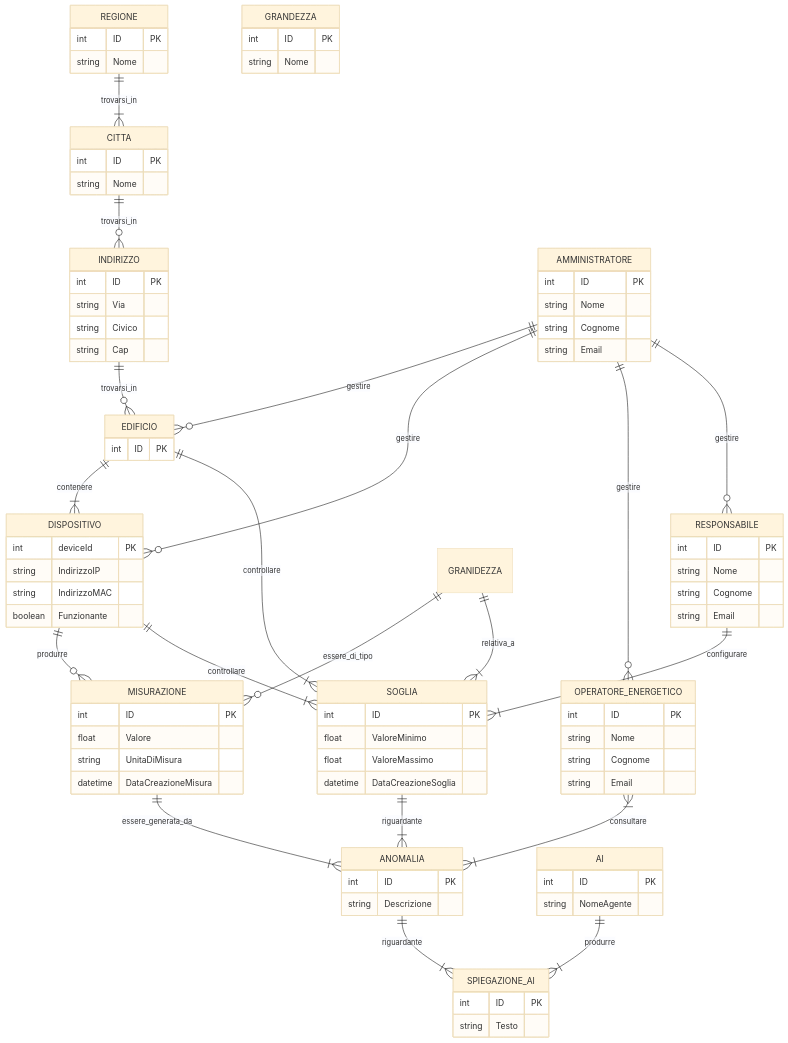
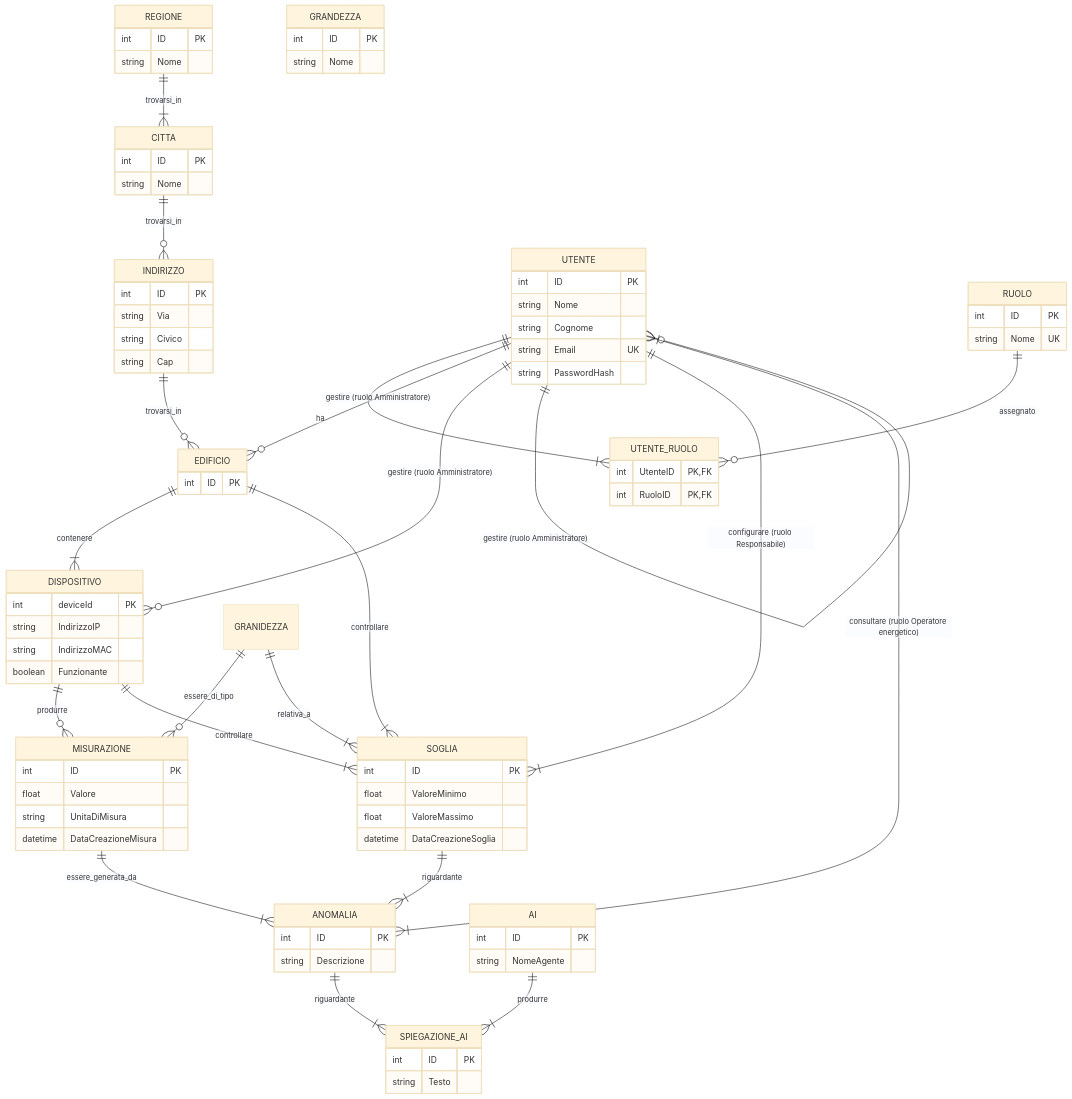
The diagram in docs/data-model.md (RickdoMasco/EnergyMonitor_UF14), drawn with Mermaid (base theme) before and after one commit. The commit also changed other lines of this file, not shown here.

```diff
--- a/docs/data-model.md
+++ b/docs/data-model.md
@@ -271,25 +274,22 @@
         string NomeAgente
     }
 
-    AMMINISTRATORE {
+    UTENTE {
         int ID PK
         string Nome
         string Cognome
-        string Email
+        string Email UK
+        string PasswordHash
     }
 
-    OPERATORE_ENERGETICO {
+    RUOLO {
         int ID PK
-        string Nome
-        string Cognome
-        string Email
+        string Nome UK
     }
 
-    RESPONSABILE {
-        int ID PK
-        string Nome
-        string Cognome
-        string Email
+    UTENTE_RUOLO {
+        int UtenteID PK, FK
+        int RuoloID PK, FK
     }
 
     %% Relazioni Geografiche e Infrastruttura
@@ -298,11 +298,12 @@
     INDIRIZZO ||--o{ EDIFICIO : "trovarsi_in"
     EDIFICIO ||--|{ DISPOSITIVO : "contenere"
 
-    %% Relazioni Amministratore (Gestione)
-    AMMINISTRATORE ||--o{ EDIFICIO : "gestire"
-    AMMINISTRATORE ||--o{ DISPOSITIVO : "gestire"
-    AMMINISTRATORE ||--o{ OPERATORE_ENERGETICO : "gestire"
-    AMMINISTRATORE ||--o{ RESPONSABILE : "gestire"
+    %% Identita e autorizzazioni
+    UTENTE ||--|{ UTENTE_RUOLO : "ha"
+    RUOLO ||--o{ UTENTE_RUOLO : "assegnato"
+    UTENTE ||--o{ EDIFICIO : "gestire (ruolo Amministratore)"
+    UTENTE ||--o{ DISPOSITIVO : "gestire (ruolo Amministratore)"
+    UTENTE ||--o{ UTENTE : "gestire (ruolo Amministratore)"
 
     %% Relazioni Misure e Grandezze
     DISPOSITIVO ||--o{ MISURAZIONE : "produrre"
@@ -310,14 +311,14 @@
 
     %% Relazioni Soglie e Controlli
     GRANIDEZZA ||--|{ SOGLIA : "relativa_a"
-    RESPONSABILE ||--|{ SOGLIA : "configurare"
+    UTENTE ||--|{ SOGLIA : "configurare (ruolo Responsabile)"
     EDIFICIO ||--|{ SOGLIA : "controllare"
     DISPOSITIVO ||--|{ SOGLIA : "controllare"
 
     %% Relazioni Anomalie e Consultazione
     MISURAZIONE ||--|{ ANOMALIA : "essere_generata_da"
     SOGLIA ||--|{ ANOMALIA : "riguardante"
-    OPERATORE_ENERGETICO }|--|{ ANOMALIA : "consultare"
+    UTENTE }|--|{ ANOMALIA : "consultare (ruolo Operatore energetico)"
 
     %% Relazioni AI
     AI ||--|{ SPIEGAZIONE_AI : "produrre"
```
